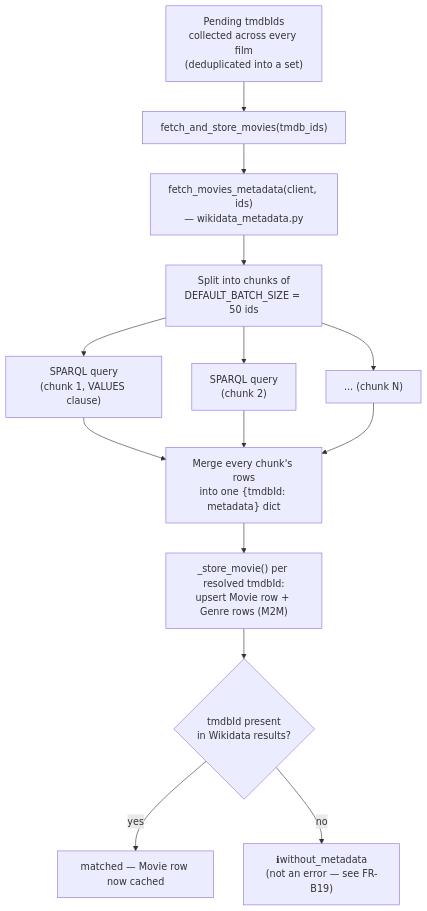
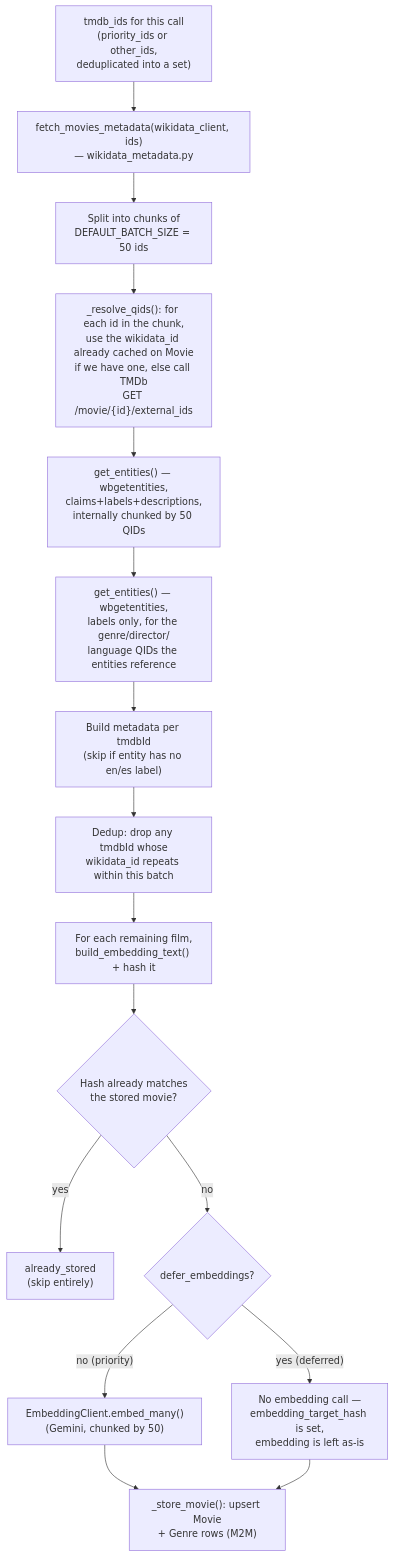
One commit to xultimatex8/ukinory changed the third of 3 diagrams in docs/letterboxd-export-import-flow.md. Above: the diagram before and after it, drawn with Mermaid. The commit also changed other lines of this file, not shown here.

Commit message:
docs: update export import flow doc to new method

````diff
--- a/docs/letterboxd-export-import-flow.md
+++ b/docs/letterboxd-export-import-flow.md
@@ -118,16 +161,18 @@
 ```mermaid
 flowchart TD
-    A["Pending tmdbIds\ncollected across every film\n(deduplicated into a set)"] --> B["fetch_and_store_movies(tmdb_ids)"]
-    B --> C["fetch_movies_metadata(client, ids)\n— wikidata_metadata.py"]
-    C --> D["Split into chunks of\nDEFAULT_BATCH_SIZE = 50 ids"]
-    D --> E1["SPARQL query\n(chunk 1, VALUES clause)"]
-    D --> E2["SPARQL query\n(chunk 2)"]
-    D --> E3["... (chunk N)"]
-    E1 --> F["Merge every chunk's rows\ninto one {tmdbId: metadata} dict"]
-    E2 --> F
-    E3 --> F
-    F --> G["_store_movie() per resolved tmdbId:\nupsert Movie row + Genre rows (M2M)"]
-    G --> H{"tmdbId present\nin Wikidata results?"}
-    H -- yes --> I["matched — Movie row now cached"]
-    H -- no --> J["ℹwithout_metadata\n(not an error — see FR-B19)"]
+    A["tmdb_ids for this call\n(priority_ids or other_ids,\ndeduplicated into a set)"] --> B["fetch_movies_metadata(wikidata_client, ids)\n— wikidata_metadata.py"]
+    B --> C["Split into chunks of\nDEFAULT_BATCH_SIZE = 50 ids"]
+    C --> R["_resolve_qids(): for each id in the chunk,\nuse the wikidata_id already cached on Movie\nif we have one, else call TMDb\nGET /movie/{id}/external_ids"]
+    R --> E1["get_entities() — wbgetentities,\nclaims+labels+descriptions,\ninternally chunked by 50 QIDs"]
+    E1 --> E2["get_entities() — wbgetentities,\nlabels only, for the genre/director/\nlanguage QIDs the entities reference"]
+    E2 --> F["Build metadata per tmdbId\n(skip if entity has no en/es label)"]
+    F --> G["Dedup: drop any tmdbId whose\nwikidata_id repeats within this batch"]
+    G --> H["For each remaining film,\nbuild_embedding_text() + hash it"]
+    H --> I{"Hash already matches\nthe stored movie?"}
+    I -- yes --> J["already_stored\n(skip entirely)"]
+    I -- no --> K{"defer_embeddings?"}
+    K -- "no (priority)" --> L["EmbeddingClient.embed_many()\n(Gemini, chunked by 50)"]
+    K -- "yes (deferred)" --> M["No embedding call —\nembedding_target_hash is set,\nembedding is left as-is"]
+    L --> N["_store_movie(): upsert Movie\n+ Genre rows (M2M)"]
+    M --> N
 ```
````
